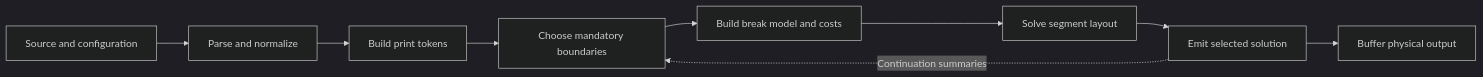
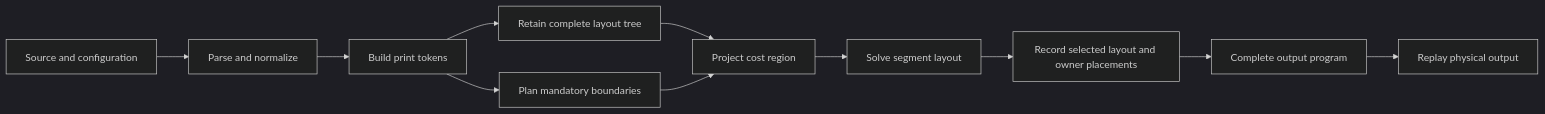
Before and after one commit to elizarov/strictfmt: the diagram in docs/architecture.md, drawn with Mermaid (dark theme). The commit also changed other lines of this file and 38 other files, not shown here.

Commit message:
Introduce a persistent layout tree

````diff
--- a/docs/architecture.md
+++ b/docs/architecture.md
@@ -7,11 +7,13 @@
 ```mermaid
 flowchart LR
     source[Source and configuration] --> syntax[Parse and normalize]
     syntax --> tokens[Build print tokens]
-    tokens --> printer[Choose mandatory boundaries]
-    printer --> model[Build break model and costs]
+    tokens --> planner[Plan mandatory boundaries]
+    tokens --> tree[Retain complete layout tree]
+    tree --> model[Project cost region]
+    planner --> model
     model --> solver[Solve segment layout]
-    solver --> emitter[Emit selected solution]
-    emitter --> output[Buffer physical output]
-    emitter -. Continuation summaries .-> printer
+    solver --> lowerer[Record selected layout and owner placements]
+    lowerer --> program[Complete output program]
+    program --> emitter[Replay physical output]
 ```
````
